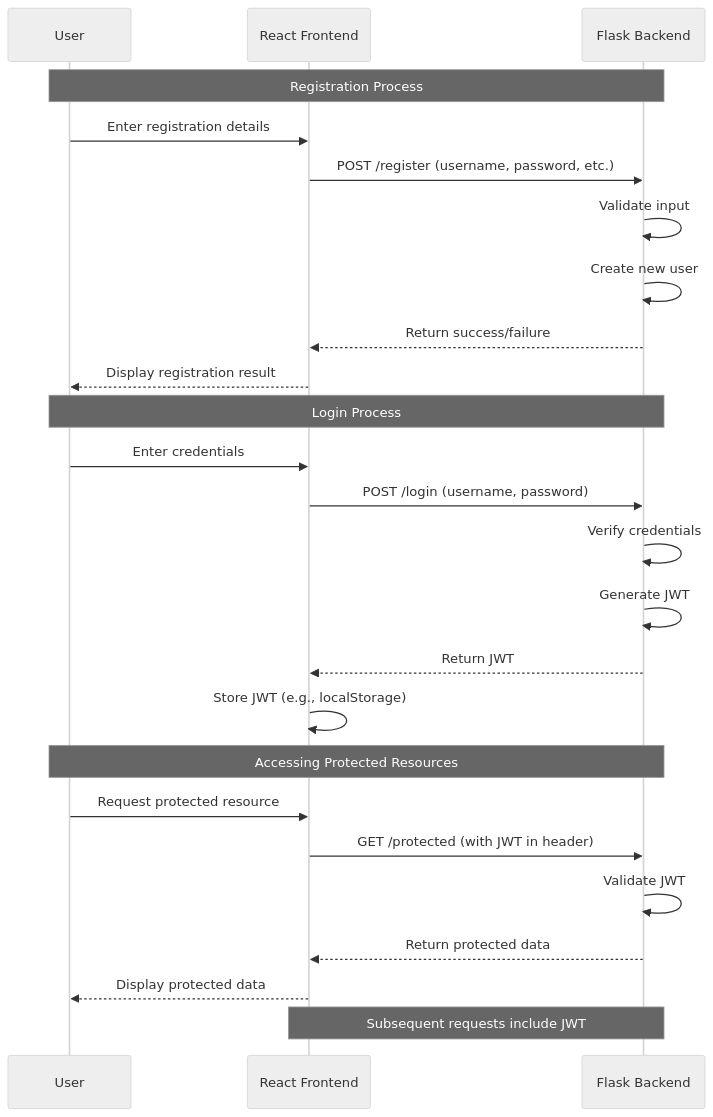
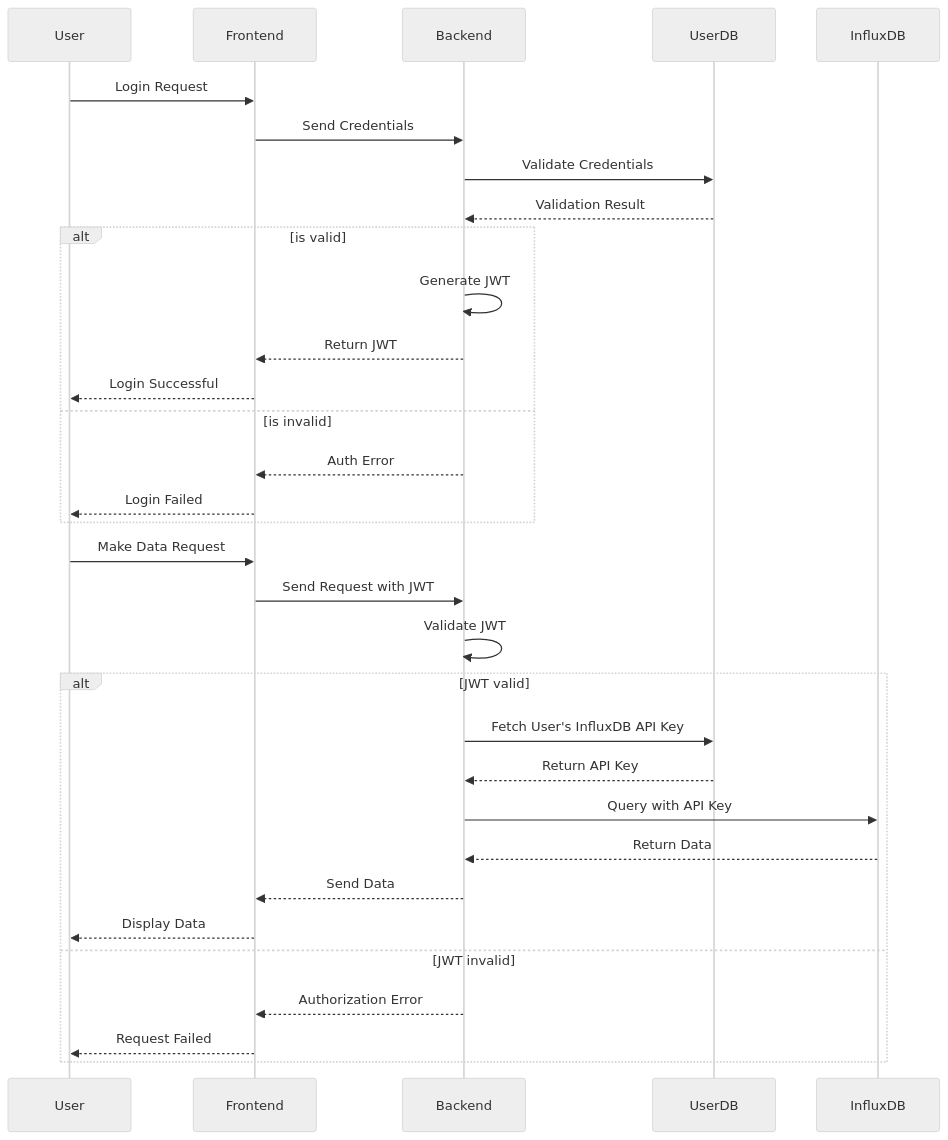
Before and after one commit to santiagosayshey/DigiBrain: the first of 2 diagrams in Content/Computer Science/Software Development & Project/Project/Authentication.md, drawn with Mermaid (neutral theme). The commit also changed other lines of this file and 559 other files, not shown here.

````diff
--- a/Content/Computer Science/Software Development & Project/Project/Authentication.md
+++ b/Content/Computer Science/Software Development & Project/Project/Authentication.md
@@ -1,31 +1,36 @@
 ```mermaid
 sequenceDiagram
-    participant U as User
-    participant R as React Frontend
-    participant F as Flask Backend
-    
-    Note over U,F: Registration Process
-    U->>R: Enter registration details
-    R->>F: POST /register (username, password, etc.)
-    F->>F: Validate input
-    F->>F: Create new user
-    F-->>R: Return success/failure
-    R-->>U: Display registration result
+    participant User
+    participant Frontend
+    participant Backend
+    participant UserDB
+    participant InfluxDB
 
-    Note over U,F: Login Process
-    U->>R: Enter credentials
-    R->>F: POST /login (username, password)
-    F->>F: Verify credentials
-    F->>F: Generate JWT
-    F-->>R: Return JWT
-    R->>R: Store JWT (e.g., localStorage)
-    
-    Note over U,F: Accessing Protected Resources
-    U->>R: Request protected resource
-    R->>F: GET /protected (with JWT in header)
-    F->>F: Validate JWT
-    F-->>R: Return protected data
-    R-->>U: Display protected data
-    
-    Note over R,F: Subsequent requests include JWT
+    User->>Frontend: Login Request
+    Frontend->>Backend: Send Credentials
+    Backend->>UserDB: Validate Credentials
+    UserDB-->>Backend: Validation Result
+    alt is valid
+        Backend->>Backend: Generate JWT
+        Backend-->>Frontend: Return JWT
+        Frontend-->>User: Login Successful
+    else is invalid
+        Backend-->>Frontend: Auth Error
+        Frontend-->>User: Login Failed
+    end
+
+    User->>Frontend: Make Data Request
+    Frontend->>Backend: Send Request with JWT
+    Backend->>Backend: Validate JWT
+    alt JWT valid
+        Backend->>UserDB: Fetch User's InfluxDB API Key
+        UserDB-->>Backend: Return API Key
+        Backend->>InfluxDB: Query with API Key
+        InfluxDB-->>Backend: Return Data
+        Backend-->>Frontend: Send Data
+        Frontend-->>User: Display Data
+    else JWT invalid
+        Backend-->>Frontend: Authorization Error
+        Frontend-->>User: Request Failed
+    end
 ```
````
